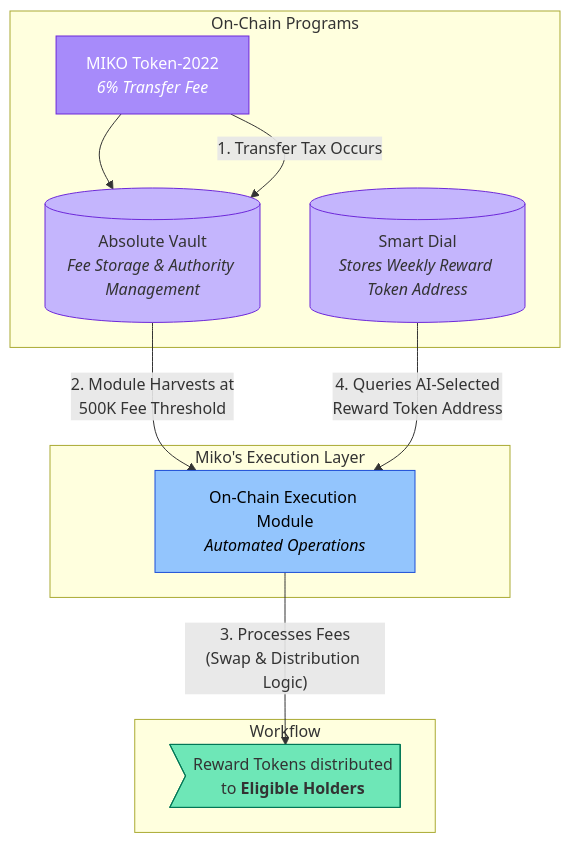
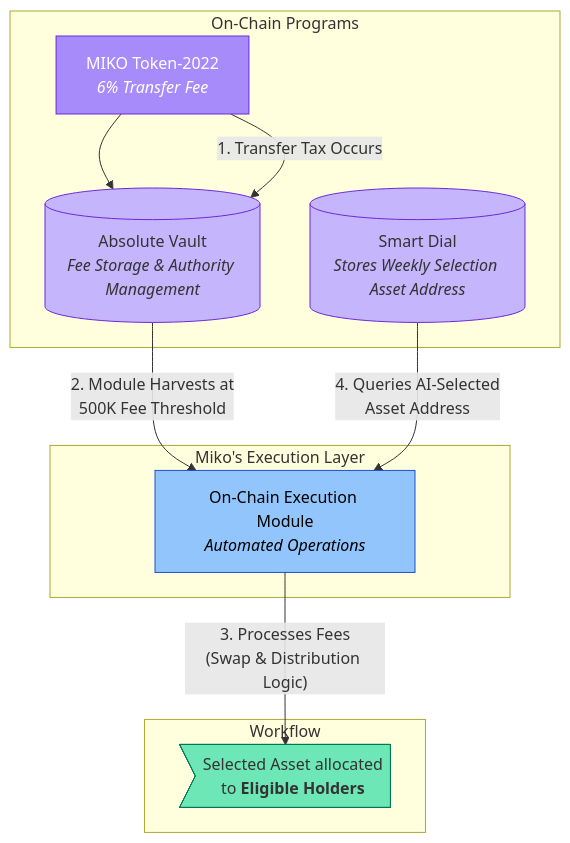
The first of 2 diagrams in docs/technical-architecture/smart-contracts.md (Miko-Protocol/docs), drawn with Mermaid before and after one commit. The commit also changed other lines of this file and 17 other files, not shown here.

````diff
--- a/docs/technical-architecture/smart-contracts.md
+++ b/docs/technical-architecture/smart-contracts.md
@@ -9,23 +9,23 @@
 ```mermaid
 graph TD
     subgraph "On-Chain Programs"
         A["MIKO Token-2022<br><i>6% Transfer Fee</i>"] --> B
         B[("Absolute Vault<br><i>Fee Storage & Authority Management</i>")]
-        C[("Smart Dial<br><i>Stores Weekly Reward Token Address</i>")]
+        C[("Smart Dial<br><i>Stores Weekly Selection Asset Address</i>")]
     end
     subgraph "Miko's Execution Layer"
         D["On-Chain Execution Module<br><i>Automated Operations</i>"]
     end
     subgraph "Workflow"
         A -- "1#46; Transfer Tax Occurs" --> B
         B -- "2#46; Module Harvests at<br>500K Fee Threshold" --> D
-        C -- "4#46; Queries AI-Selected<br>Reward Token Address" --> D
+        C -- "4#46; Queries AI-Selected<br>Asset Address" --> D
         D -- "3#46; Processes Fees<br>(Swap & Distribution Logic)" --> E
-        E>"Reward Tokens distributed<br>to <b>Eligible Holders</b>"]
+        E>"Selected Asset allocated<br>to <b>Eligible Holders</b>"]
     end
     style A fill:#a78bfa,stroke:#6d28d9,color:#fff
     style B fill:#c4b5fd,stroke:#6d28d9
     style C fill:#c4b5fd,stroke:#6d28d9
     style D fill:#93c5fd,stroke:#1d4ed8,color:#000
     style E fill:#6ee7b7,stroke:#047857
 ```
````
